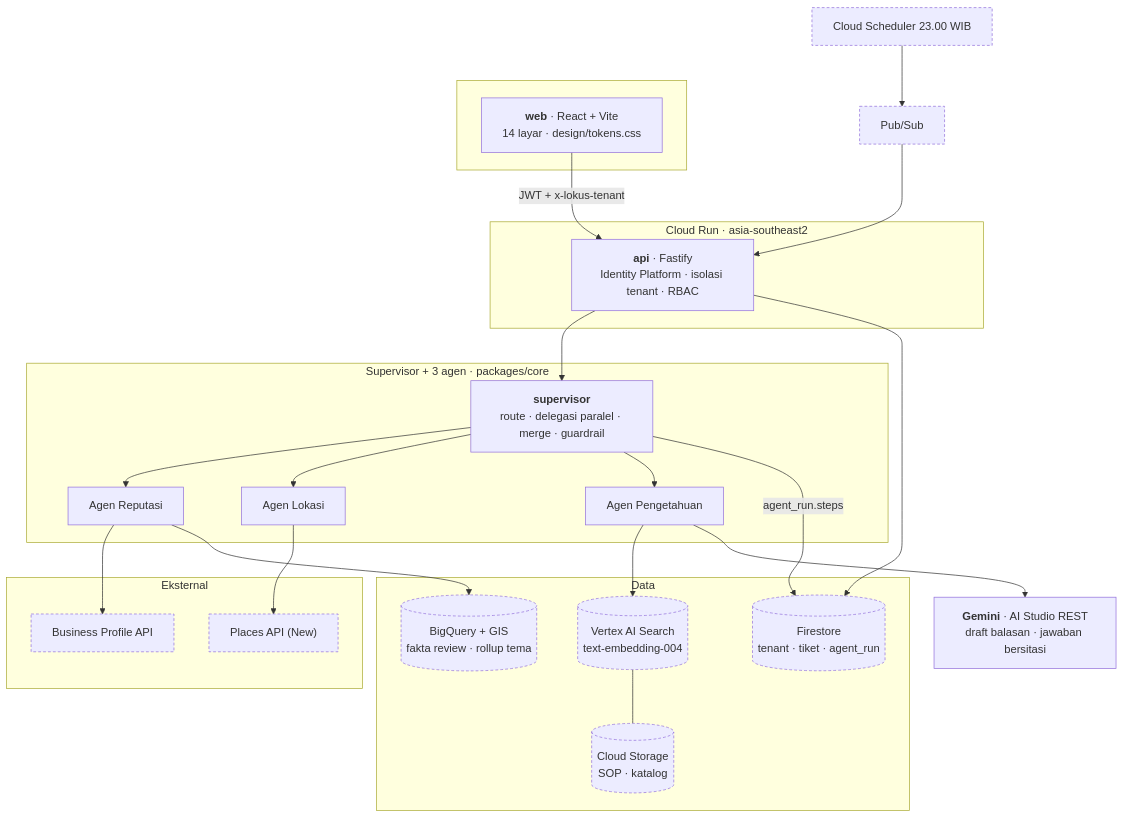
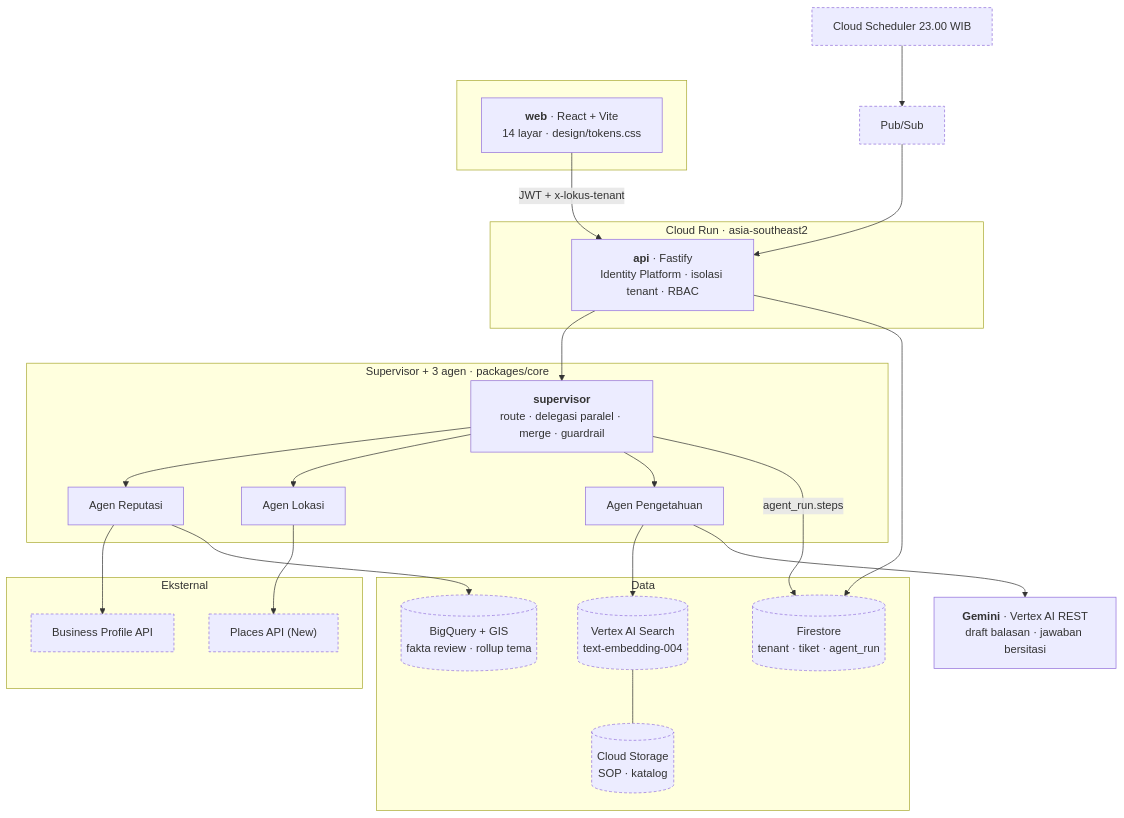
Before and after one commit to ardianwidyo/lokus: the diagram in README.md, drawn with Mermaid. The commit also changed other lines of this file and 11 other files, not shown here.

````diff
--- a/README.md
+++ b/README.md
@@ -160,48 +162,48 @@
 ```mermaid
 flowchart TB
   subgraph klien[" "]
     web["<b>web</b> · React + Vite<br/>14 layar · design/tokens.css"]
   end
 
   subgraph run["Cloud Run · asia-southeast2"]
     api["<b>api</b> · Fastify<br/>Identity Platform · isolasi tenant · RBAC"]
   end
 
   subgraph agen["Supervisor + 3 agen · packages/core"]
     sup["<b>supervisor</b><br/>route · delegasi paralel · merge · guardrail"]
     rep["Agen Reputasi"]
     loc["Agen Lokasi"]
     kno["Agen Pengetahuan"]
   end
 
-  gem["<b>Gemini</b> · AI Studio REST<br/>draft balasan · jawaban bersitasi"]
+  gem["<b>Gemini</b> · Vertex AI REST<br/>draft balasan · jawaban bersitasi"]
 
   subgraph data["Data"]
     bq[("BigQuery + GIS<br/>fakta review · rollup tema")]
     fs[("Firestore<br/>tenant · tiket · agent_run")]
     vs[("Vertex AI Search<br/>text-embedding-004")]
     gcs[("Cloud Storage<br/>SOP · katalog")]
   end
 
   subgraph ext["Eksternal"]
     gbp["Business Profile API"]
     places["Places API (New)"]
   end
 
   web -->|"JWT + x-lokus-tenant"| api
   api --> sup
   sup --> rep & loc & kno
   rep --> gbp
   rep --> bq
   loc --> places
   kno --> vs
   vs --- gcs
   sup -->|"agent_run.steps"| fs
   api --> fs
 
   sched["Cloud Scheduler 23.00 WIB"] --> pubsub["Pub/Sub"] --> api
   kno --> gem
 
   classDef pending stroke-dasharray: 4 3;
   class bq,fs,vs,gcs,gbp,places,sched,pubsub pending;
 ```
````
